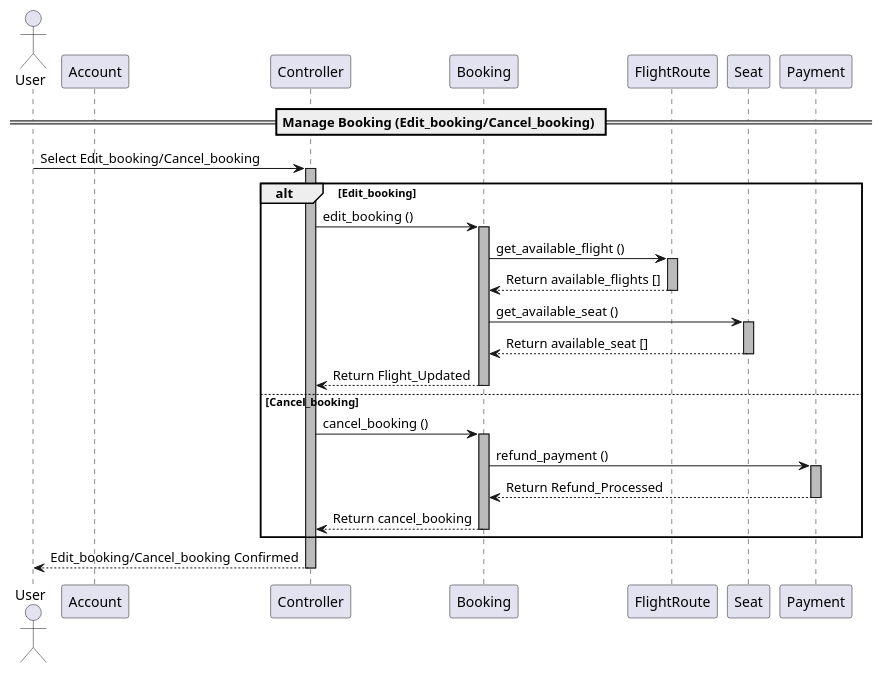
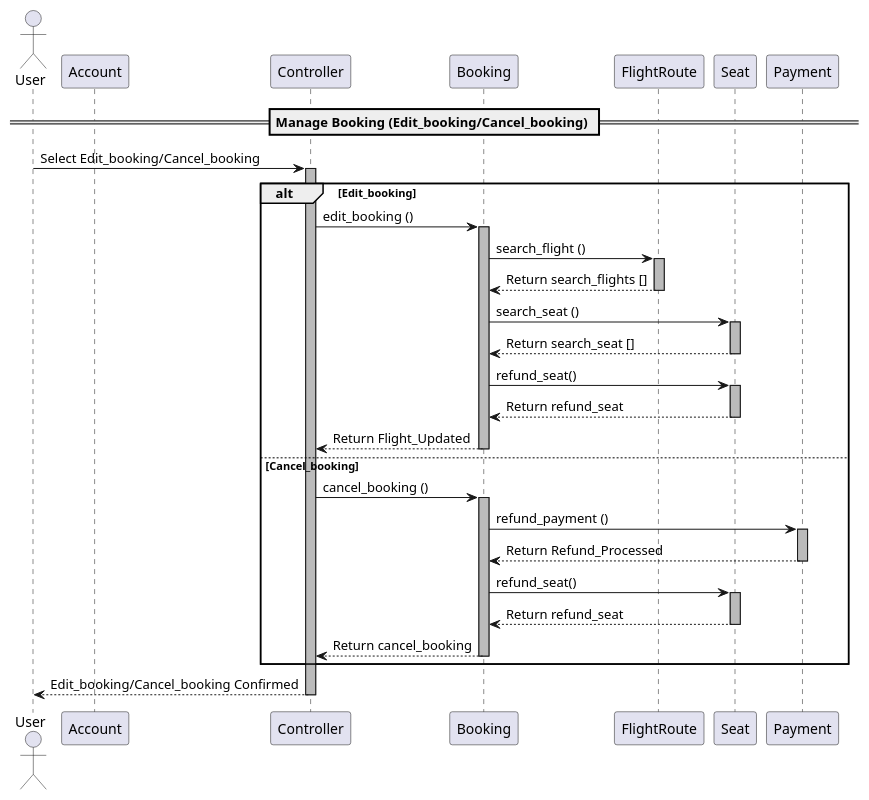
One commit to Nonnnchun/OOP_project changed the diagram in sequenceDiagram/sequenceManagebooking.plantuml. Above: the diagram before and after it, drawn with PlantUML. The commit also changed 2 other files, not shown here.

```diff
--- a/sequenceDiagram/sequenceManagebooking.plantuml
+++ b/sequenceDiagram/sequenceManagebooking.plantuml
@@ -1,42 +1,51 @@
 @startuml
 actor "User" as user
 participant Account
 participant Controller
 participant Booking
 participant FlightRoute
 participant Seat
 participant Payment
 
 == Manage Booking (Edit_booking/Cancel_booking) ==
 
 user -> Controller: Select Edit_booking/Cancel_booking
 activate Controller #BBBBBB
 alt Edit_booking
     Controller -> Booking: edit_booking ()
     activate Booking #BBBBBB
-    Booking -> FlightRoute: get_available_flight ()
+    Booking -> FlightRoute: search_flight ()
     activate FlightRoute #BBBBBB
-    FlightRoute --> Booking: Return available_flights []
+    FlightRoute --> Booking: Return search_flights []
     deactivate FlightRoute
-
-    Booking -> Seat:get_available_seat ()
+    Booking -> Seat:search_seat ()
     activate Seat #BBBBBB
-    Seat --> Booking:Return available_seat []
+    Seat --> Booking:Return search_seat []
+    deactivate Seat
+    Booking -> Seat:refund_seat()
+    activate Seat #BBBBBB
+    Seat--> Booking:Return refund_seat
     deactivate Seat
     Booking --> Controller: Return Flight_Updated
     deactivate Booking
 
 else Cancel_booking
     Controller -> Booking: cancel_booking ()
     activate Booking #BBBBBB
     Booking -> Payment: refund_payment ()
     activate Payment #BBBBBB
     Payment --> Booking: Return Refund_Processed
     deactivate Payment
+    Booking -> Seat:refund_seat()
+    activate Seat #BBBBBB
+    Seat--> Booking:Return refund_seat
+    deactivate Seat
     Booking --> Controller: Return cancel_booking
+
     deactivate Booking
+
 end
 
 Controller -->user: Edit_booking/Cancel_booking Confirmed
 deactivate Controller
 @enduml
```
